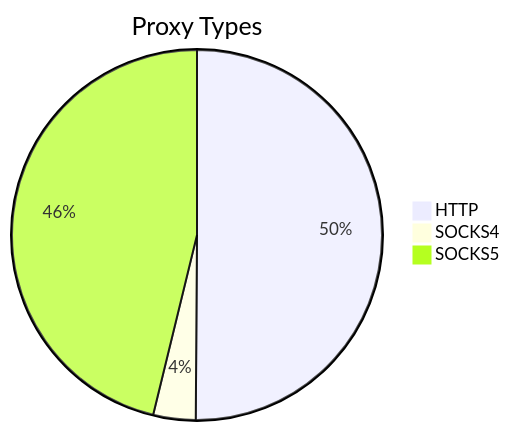
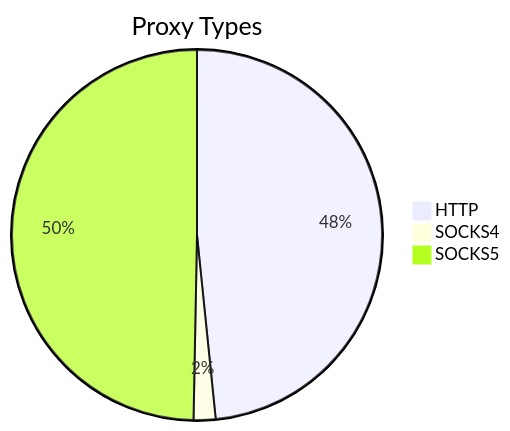
The first of 2 diagrams in README.md (stormsia/proxy-list), drawn with Mermaid before and after one commit. The commit also changed other lines of this file, not shown here.

````diff
--- a/README.md
+++ b/README.md
@@ -21,6 +21,6 @@
 ```mermaid
 pie title Proxy Types
-    "HTTP" : 704
-    "SOCKS4" : 52
-    "SOCKS5" : 649
+    "HTTP" : 809
+    "SOCKS4" : 32
+    "SOCKS5" : 831
 ```
````
